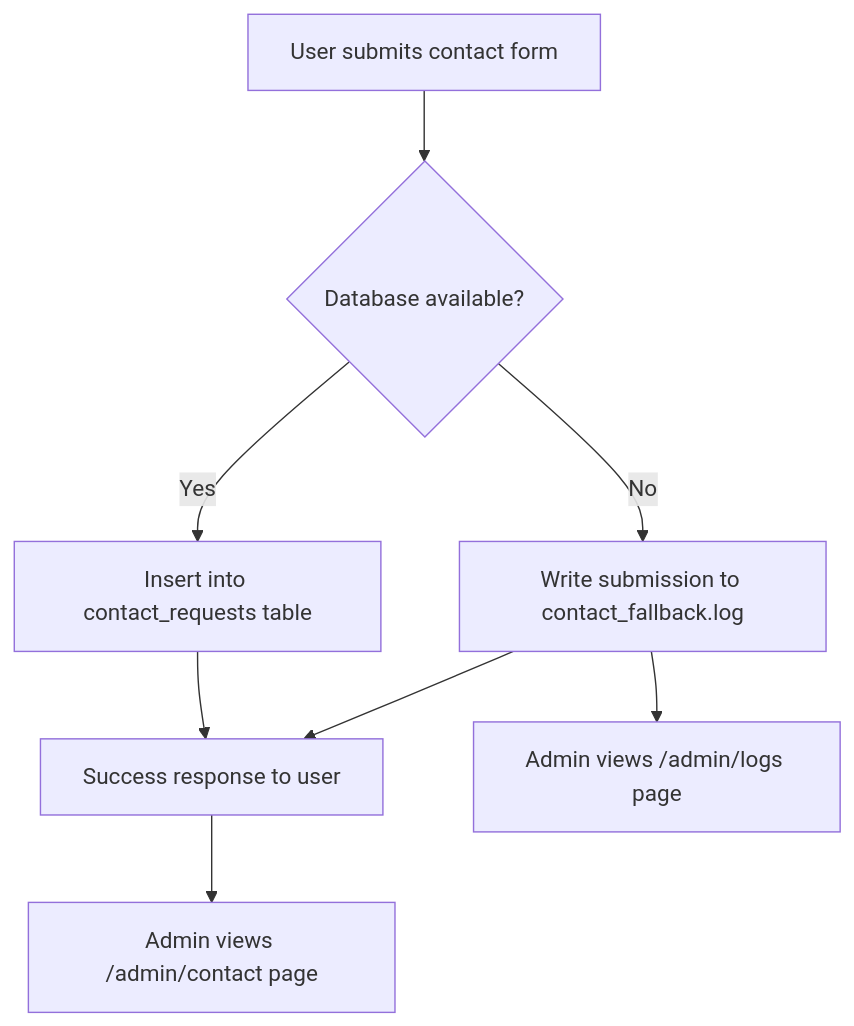
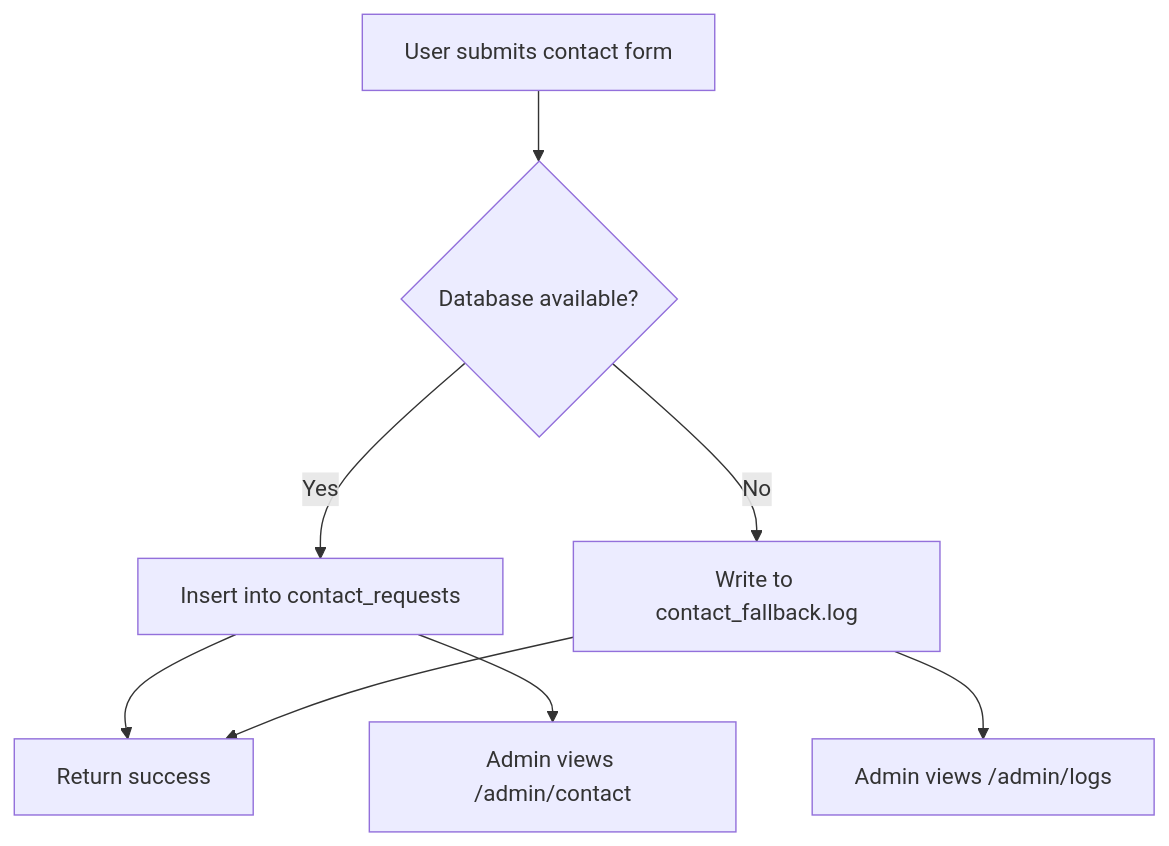
One commit to AakashdeepSingh1971/yourbooks-growth-hub changed the diagram in README.md. Above: the diagram before and after it, drawn with Mermaid. The commit also changed other lines of this file and 2 other files, not shown here.

````diff
--- a/README.md
+++ b/README.md
@@ -217,10 +293,10 @@
 ```mermaid
 flowchart TD
     A[User submits contact form] --> B{Database available?}
-    B -- Yes --> C[Insert into contact_requests table]
-    B -- No --> D[Write submission to contact_fallback.log]
-    C --> E[Success response to user]
-    D --> E[Success response to user]
-    E --> F[Admin views /admin/contact page]
-    D --> G[Admin views /admin/logs page]
+    B -- Yes --> C[Insert into contact_requests]
+    B -- No --> D[Write to contact_fallback.log]
+    C --> E[Return success]
+    D --> E[Return success]
+    C --> F[Admin views /admin/contact]
+    D --> G[Admin views /admin/logs]
 ```
````
